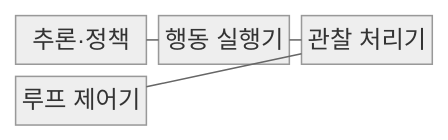
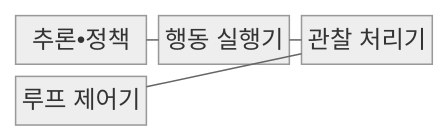
The first of 2 diagrams in src/content/docs/notes/08-latest-tech/003_reasoning_and_acting.md (agnusdei1207/knowledge-base), drawn with Mermaid (neutral theme) before and after one commit. The commit also changed other lines of this file and 953 other files, not shown here.

````diff
--- a/src/content/docs/notes/08-latest-tech/003_reasoning_and_acting.md
+++ b/src/content/docs/notes/08-latest-tech/003_reasoning_and_acting.md
@@ -66,11 +66,11 @@
 ```mermaid
 block-beta
     columns 3
-    R["추론·정책"]
+    R["추론•정책"]
     A["행동 실행기"]
     O["관찰 처리기"]
     L["루프 제어기"]
     R --- A
     A --- O
     O --- L
 ```
````
